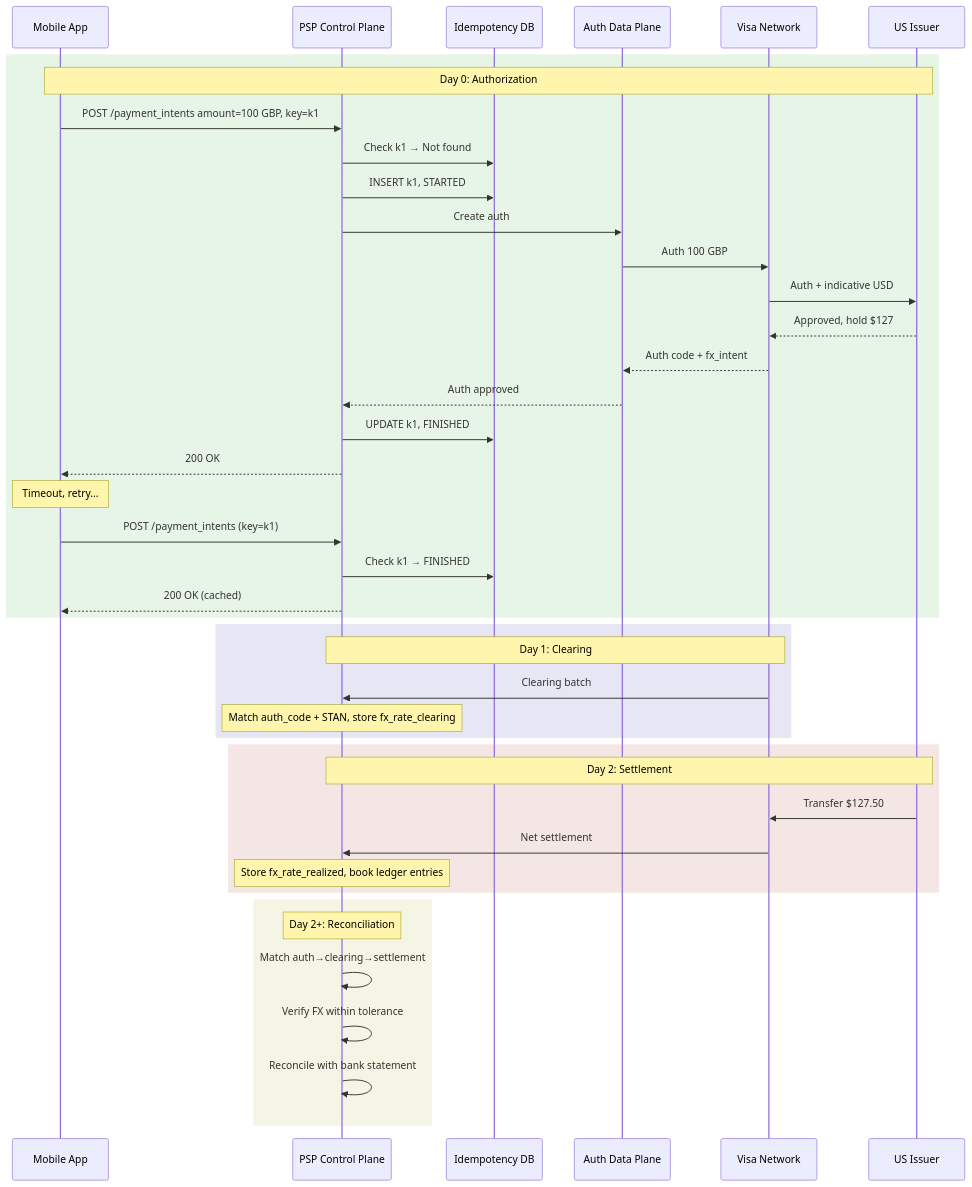
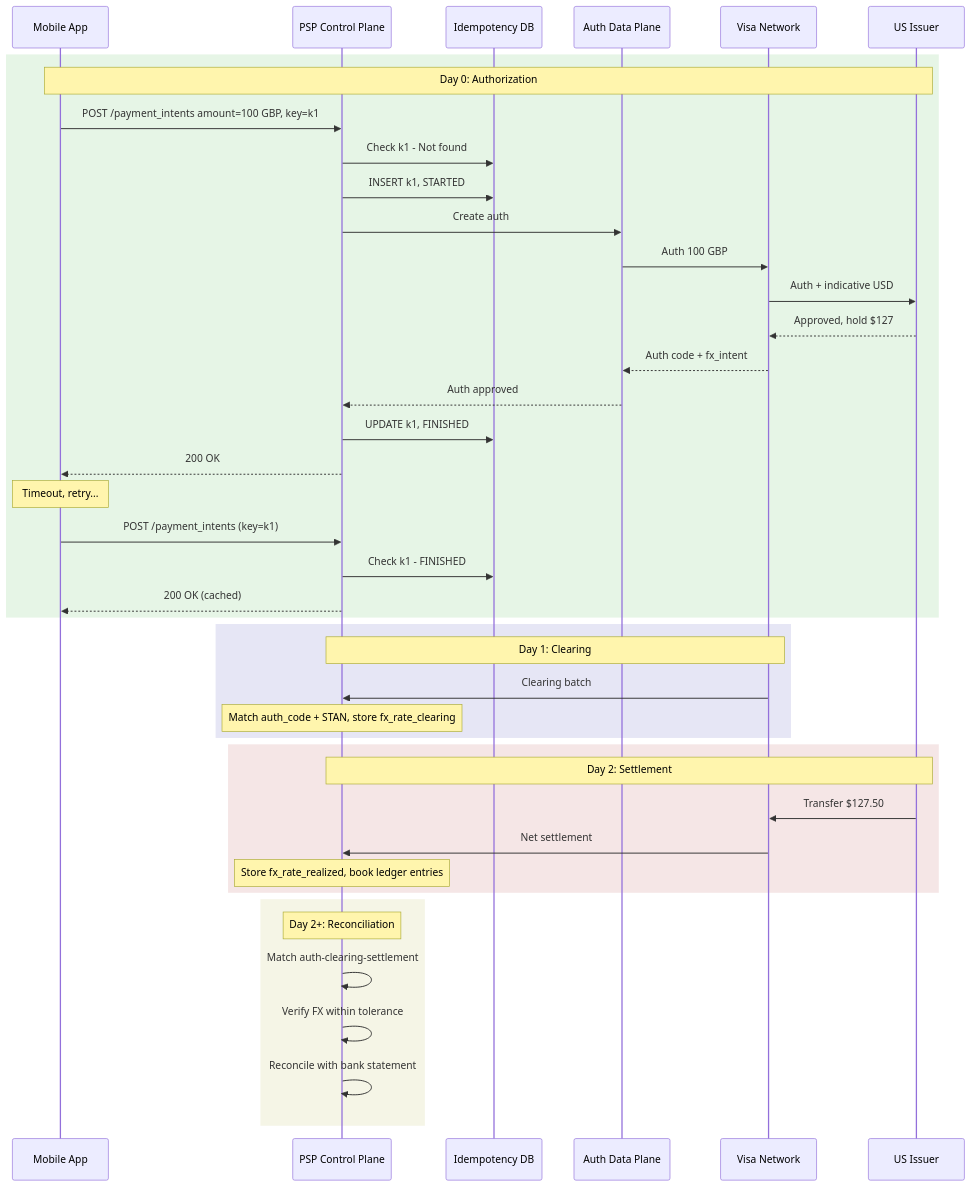
Before and after one commit to udaytamma/Cyrus: the eighth of 8 diagrams in gemini-responses/payments-at-visa.md, drawn with Mermaid. The commit also changed other lines of this file and 1 other file, not shown here.

Commit message:
fix: Remove Unicode arrows from Mermaid diagrams
Replace → and ↔ characters with ASCII equivalents to fix
Mermaid syntax errors in Payment Systems document.

````diff
--- a/gemini-responses/payments-at-visa.md
+++ b/gemini-responses/payments-at-visa.md
@@ -600,49 +600,49 @@
 ```mermaid
 sequenceDiagram
     participant APP as Mobile App
     participant PSP as PSP Control Plane
     participant IDEM as Idempotency DB
     participant AUTH as Auth Data Plane
     participant VISA as Visa Network
     participant ISS as US Issuer
 
     rect rgb(230, 245, 230)
         Note over APP,ISS: Day 0: Authorization
         APP->>PSP: POST /payment_intents amount=100 GBP, key=k1
-        PSP->>IDEM: Check k1 → Not found
+        PSP->>IDEM: Check k1 - Not found
         PSP->>IDEM: INSERT k1, STARTED
         PSP->>AUTH: Create auth
         AUTH->>VISA: Auth 100 GBP
         VISA->>ISS: Auth + indicative USD
         ISS-->>VISA: Approved, hold $127
         VISA-->>AUTH: Auth code + fx_intent
         AUTH-->>PSP: Auth approved
         PSP->>IDEM: UPDATE k1, FINISHED
         PSP-->>APP: 200 OK
 
         Note over APP: Timeout, retry...
         APP->>PSP: POST /payment_intents (key=k1)
-        PSP->>IDEM: Check k1 → FINISHED
+        PSP->>IDEM: Check k1 - FINISHED
         PSP-->>APP: 200 OK (cached)
     end
 
     rect rgb(230, 230, 245)
         Note over PSP,VISA: Day 1: Clearing
         VISA->>PSP: Clearing batch
         Note over PSP: Match auth_code + STAN, store fx_rate_clearing
     end
 
     rect rgb(245, 230, 230)
         Note over ISS,PSP: Day 2: Settlement
         ISS->>VISA: Transfer $127.50
         VISA->>PSP: Net settlement
         Note over PSP: Store fx_rate_realized, book ledger entries
     end
 
     rect rgb(245, 245, 230)
         Note over PSP: Day 2+: Reconciliation
-        PSP->>PSP: Match auth→clearing→settlement
+        PSP->>PSP: Match auth-clearing-settlement
         PSP->>PSP: Verify FX within tolerance
         PSP->>PSP: Reconcile with bank statement
     end
 ```
````
